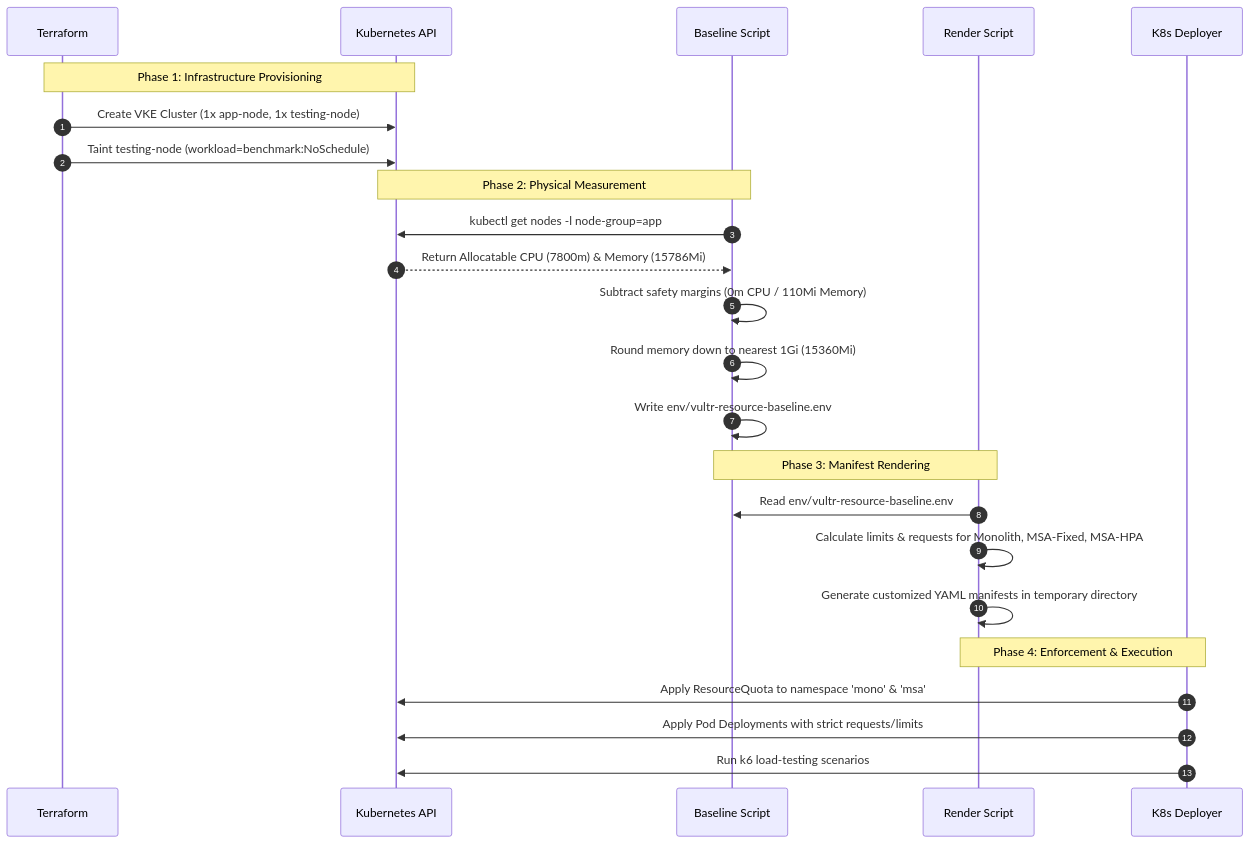
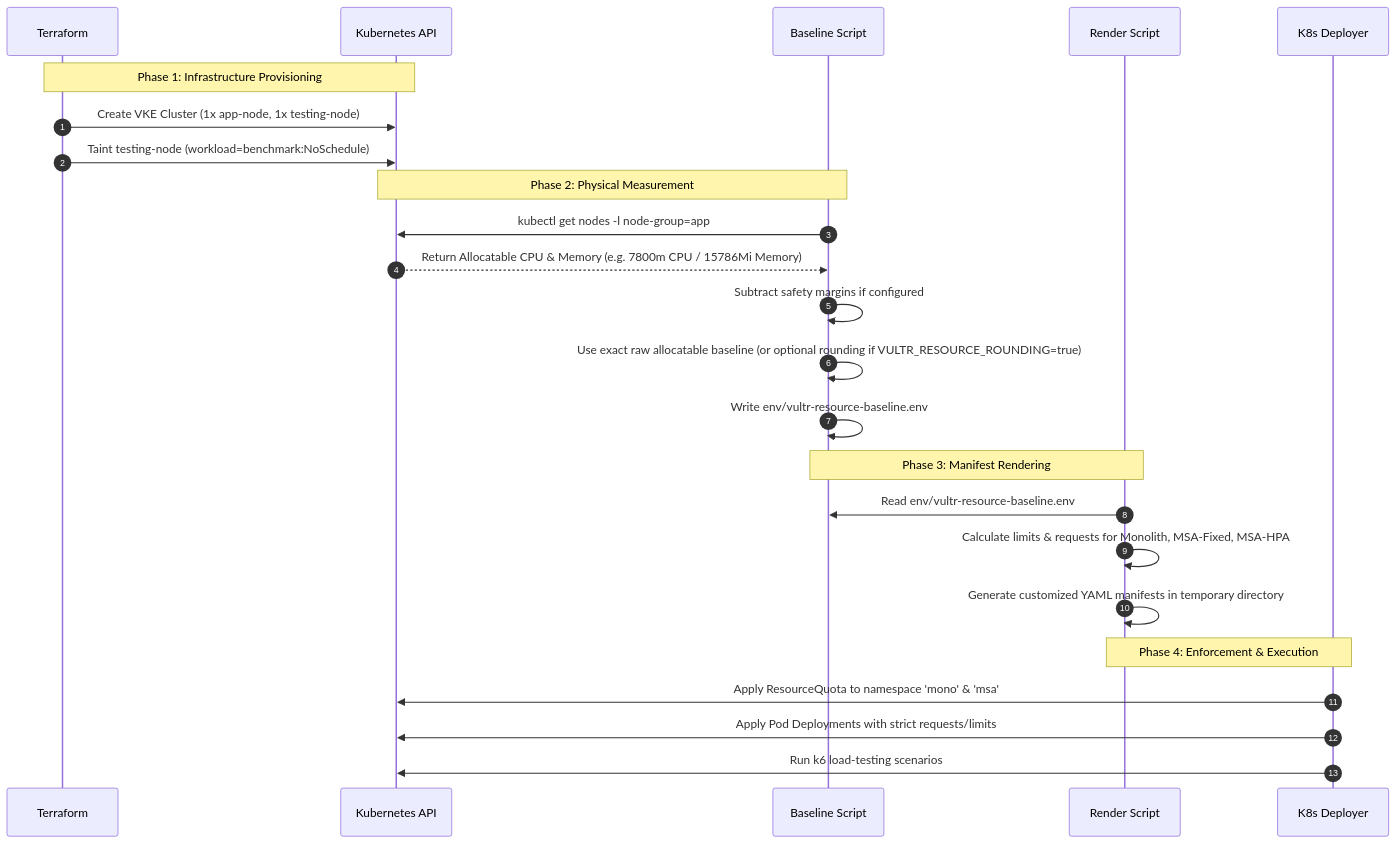
Before and after one commit to Ahmad-mufied/monolith-vs-microservice-thesis: the diagram in docs/experiment/resource-mapping-lifecycle.md, drawn with Mermaid. The commit also changed 33 other files, not shown here.

````diff
--- a/docs/experiment/resource-mapping-lifecycle.md
+++ b/docs/experiment/resource-mapping-lifecycle.md
@@ -44,30 +44,30 @@
 ```mermaid
 sequenceDiagram
     autonumber
     participant TF as Terraform
     participant K8s as Kubernetes API
     participant BS as Baseline Script
     participant RS as Render Script
     participant QD as K8s Deployer
 
     Note over TF, K8s: Phase 1: Infrastructure Provisioning
     TF->>K8s: Create VKE Cluster (1x app-node, 1x testing-node)
     TF->>K8s: Taint testing-node (workload=benchmark:NoSchedule)
 
     Note over K8s, BS: Phase 2: Physical Measurement
     BS->>K8s: kubectl get nodes -l node-group=app
-    K8s-->>BS: Return Allocatable CPU (7800m) & Memory (15786Mi)
-    BS->>BS: Subtract safety margins (0m CPU / 110Mi Memory)
-    BS->>BS: Round memory down to nearest 1Gi (15360Mi)
+    K8s-->>BS: Return Allocatable CPU & Memory (e.g. 7800m CPU / 15786Mi Memory)
+    BS->>BS: Subtract safety margins if configured
+    BS->>BS: Use exact raw allocatable baseline (or optional rounding if VULTR_RESOURCE_ROUNDING=true)
     BS->>BS: Write env/vultr-resource-baseline.env
 
     Note over BS, RS: Phase 3: Manifest Rendering
     RS->>BS: Read env/vultr-resource-baseline.env
     RS->>RS: Calculate limits & requests for Monolith, MSA-Fixed, MSA-HPA
     RS->>RS: Generate customized YAML manifests in temporary directory
 
     Note over RS, QD: Phase 4: Enforcement & Execution
     QD->>K8s: Apply ResourceQuota to namespace 'mono' & 'msa'
     QD->>K8s: Apply Pod Deployments with strict requests/limits
     QD->>K8s: Run k6 load-testing scenarios
 ```
````
